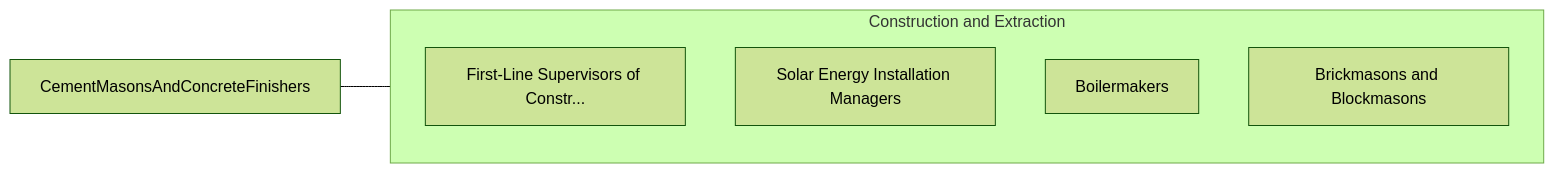
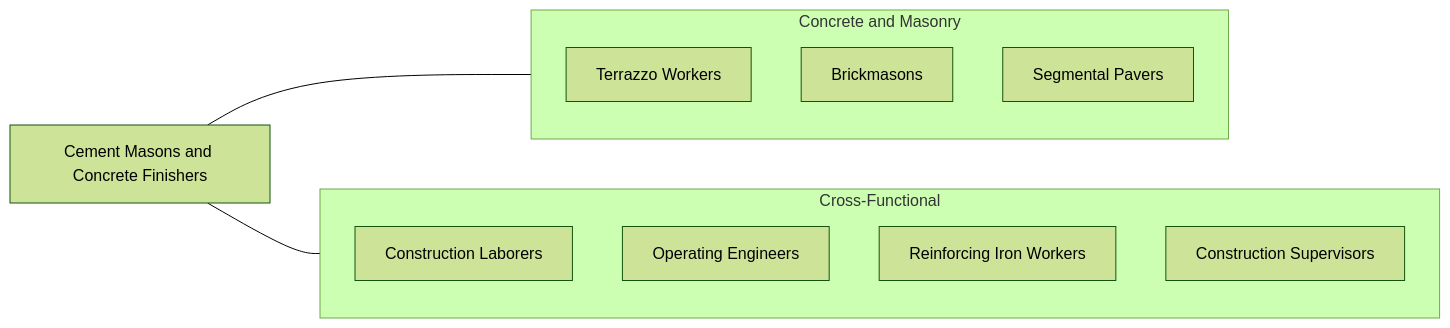
The fourth of 4 diagrams in occupations/Construction/CementMasonsAndConcreteFinishers.mdx (kziemski/business.org.ai), drawn with Mermaid (forest theme) before and after one commit. The commit also changed other lines of this file and 938 other files, not shown here.

````diff
--- a/occupations/Construction/CementMasonsAndConcreteFinishers.mdx
+++ b/occupations/Construction/CementMasonsAndConcreteFinishers.mdx
@@ -118,13 +220,20 @@
 ```mermaid
 graph LR
-    Current["CementMasonsAndConcreteFinishers"]
+    Current["Cement Masons and Concrete Finishers"]
 
-    subgraph SameCategory["Construction and Extraction"]
-        FirstLineSupervisors["First-Line Supervisors of Constr..."]
-        SolarEnergyInstallat["Solar Energy Installation Managers"]
-        Boilermakers["Boilermakers"]
-        BrickmasonsAndBlockm["Brickmasons and Blockmasons"]
+    subgraph SameCategory["Concrete and Masonry"]
+        Terrazzo["Terrazzo Workers"]
+        Brick["Brickmasons"]
+        Segmental["Segmental Pavers"]
+    end
+
+    subgraph CrossFunctional["Cross-Functional"]
+        Laborer["Construction Laborers"]
+        OpEng["Operating Engineers"]
+        Rebar["Reinforcing Iron Workers"]
+        Foreman["Construction Supervisors"]
     end
 
     Current --- SameCategory
+    Current --- CrossFunctional
 ```
````
